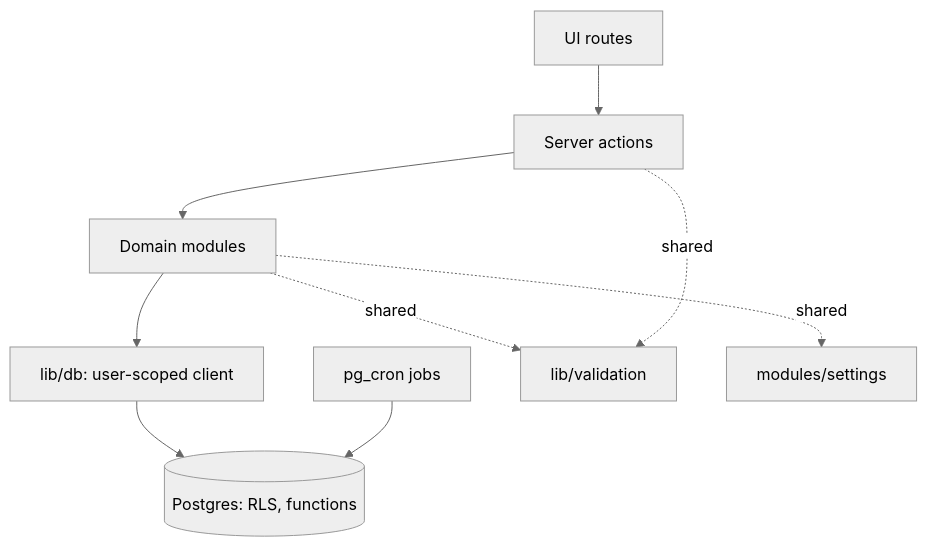
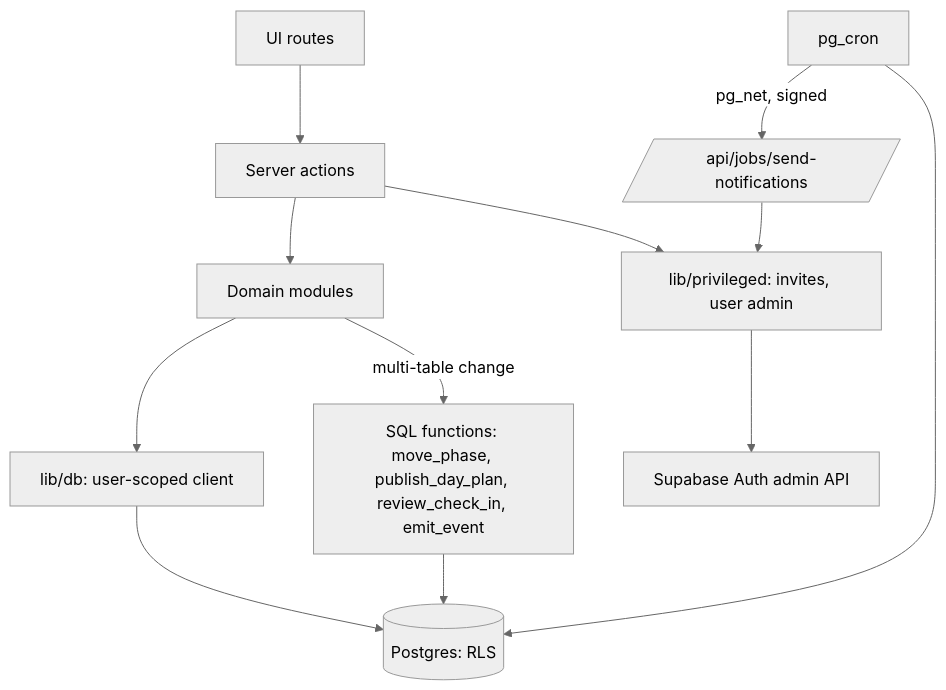
Before and after one commit to mrravimalhotra/AyurSaathi: the first of 4 diagrams in _bmad-output/planning-artifacts/architecture/architecture-AyurSaathi-2026-10-24/ARCHITECTURE-SPINE.md, drawn with Mermaid (neutral theme). The commit also changed other lines of this file and 2 other files, not shown here.

First line of the commit message:
Finalize architecture spine (20 ADs) after four-reviewer gate; update privacy explainer

````diff
--- a/_bmad-output/planning-artifacts/architecture/architecture-AyurSaathi-2026-10-24/ARCHITECTURE-SPINE.md
+++ b/_bmad-output/planning-artifacts/architecture/architecture-AyurSaathi-2026-10-24/ARCHITECTURE-SPINE.md
@@ -34,11 +35,14 @@
 ```mermaid
 flowchart TD
   UI[UI routes] --> ACT[Server actions]
   ACT --> MOD[Domain modules]
   MOD --> DB[lib/db: user-scoped client]
-  DB --> PG[(Postgres: RLS, functions)]
-  JOB[pg_cron jobs] --> PG
-  MOD -.shared.-> VAL[lib/validation]
-  MOD -.shared.-> SET[modules/settings]
-  ACT -.shared.-> VAL
+  MOD -->|multi-table change| FN[SQL functions: move_phase, publish_day_plan, review_check_in, emit_event]
+  DB --> PG[(Postgres: RLS)]
+  FN --> PG
+  ACT --> PRIV[lib/privileged: invites, user admin]
+  PRIV --> AUTHAPI[Supabase Auth admin API]
+  CRON[pg_cron] --> PG
+  CRON -->|pg_net, signed| SEND[/api/jobs/send-notifications/]
+  SEND --> PRIV
 ```
````
